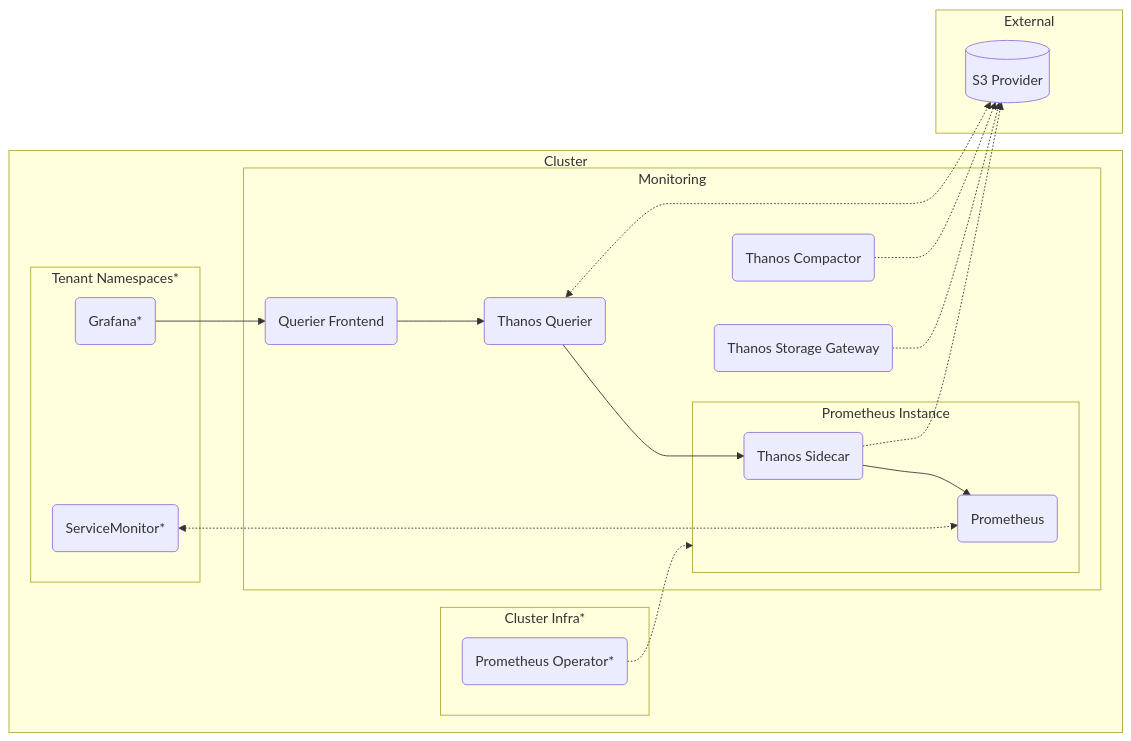
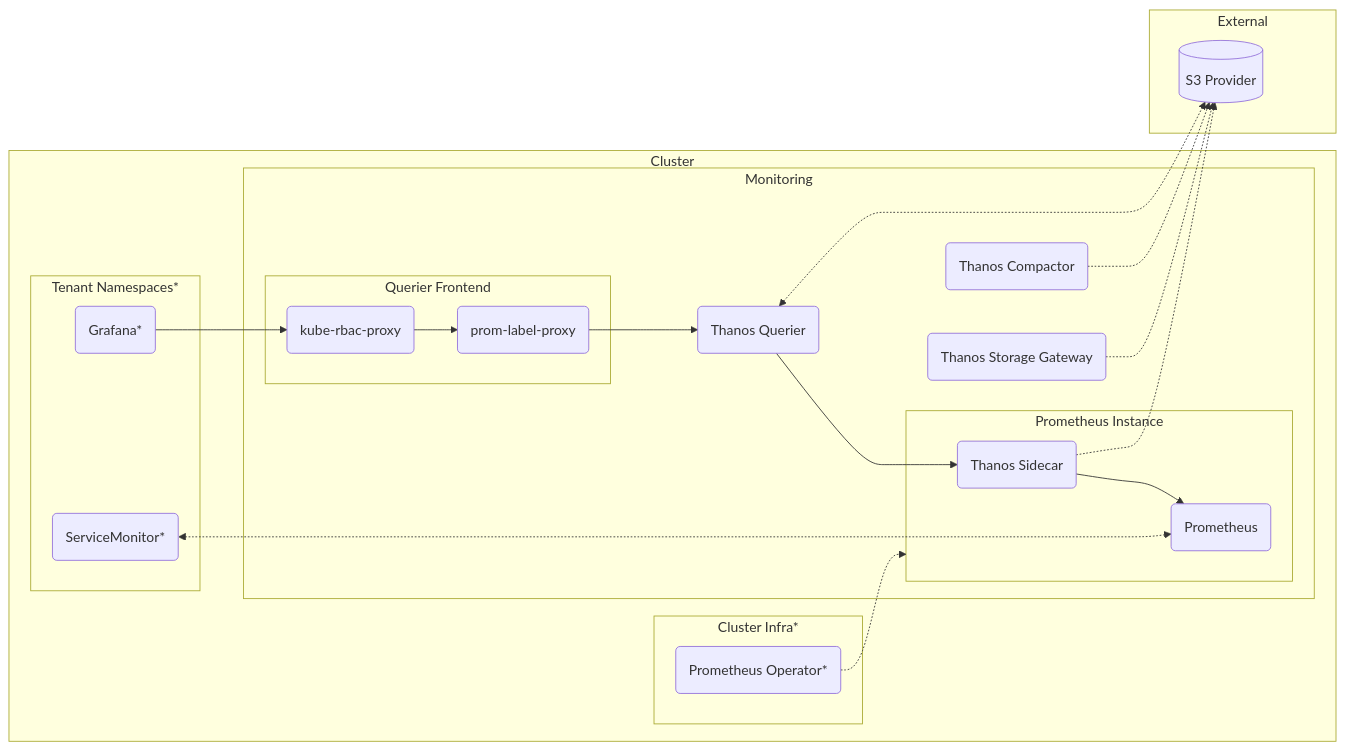
The diagram in prometheus/README.md (konstfish/multi-tenant-observability), drawn with Mermaid before and after one commit. The commit also changed 1 other file, not shown here.

Commit message:
fix(prometheus): mermaid graph readability

````diff
--- a/prometheus/README.md
+++ b/prometheus/README.md
@@ -7,40 +7,46 @@
 ```mermaid
 flowchart LR
     subgraph Cluster
         subgraph Cluster Infra*
             promop(Prometheus Operator*)
         end
 
         subgraph Tenant Namespaces*
             tengraf(Grafana*)
             tensm(ServiceMonitor*)
         end
 
-        tengraf --> querfront
+        tengraf --> krp
 
         subgraph Monitoring
             subgraph promi[Prometheus Instance]
                 prom(Prometheus)
                 than(Thanos Sidecar) --> prom
             end
 
             thancom(Thanos Compactor)
             thansto(Thanos Storage Gateway)
             thanquer(Thanos Querier) --> than
-            querfront(Querier Frontend) --> thanquer
+
+            subgraph querfront[Querier Frontend]
+                krp(kube-rbac-proxy)
+                krp --> plp(prom-label-proxy)
+            end
+
+            plp --> thanquer
         end
 
         promop -..-> promi
     end
 
     subgraph External
         s3[(S3 Provider)]
     end
 
     than -.-> s3
     thancom -.-> s3
     thansto -.-> s3
     thanquer <-.-> s3
 
     tensm <-.-> prom
 ```
````
